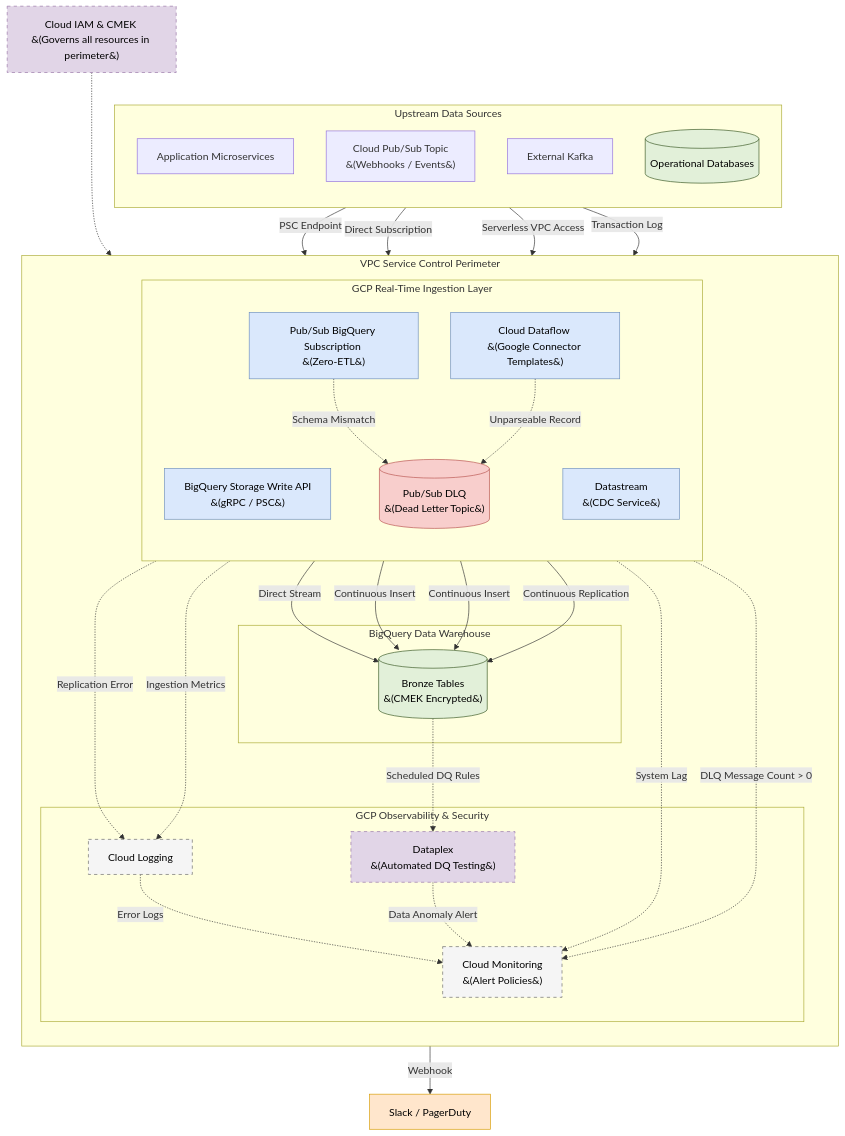
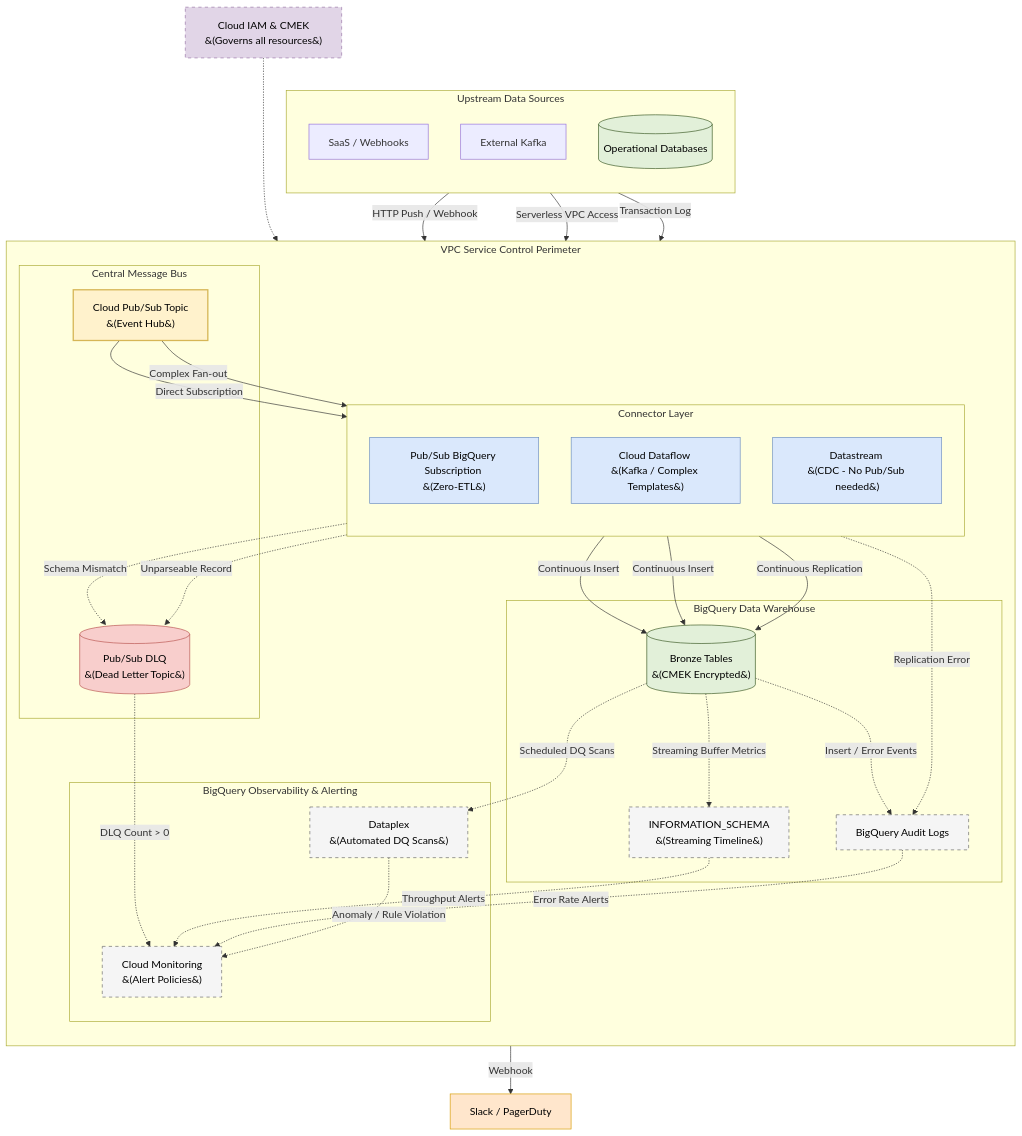
One commit to toanbui626391/data_architect changed the diagram in gcp/realtime_ingestion_architecture.md. Above: the diagram before and after it, drawn with Mermaid.

````diff
--- a/gcp/realtime_ingestion_architecture.md
+++ b/gcp/realtime_ingestion_architecture.md
@@ -21,65 +21,73 @@
 flowchart TD
     subgraph Sources [Upstream Data Sources]
         direction TB
-        App[Application Microservices]
-        PubSubSrc[Cloud Pub/Sub Topic <br>&#40;Webhooks / Events&#41;]
+        SaaS[SaaS / Webhooks]
         Kafka[External Kafka]
         DB[(Operational Databases)]
     end
 
     subgraph VPCSC [VPC Service Control Perimeter]
         direction TB
-        
-        subgraph GCP_Ingestion [GCP Real-Time Ingestion Layer]
+
+        subgraph MessageBus [Central Message Bus]
+            PubSubTopic[Cloud Pub/Sub Topic <br>&#40;Event Hub&#41;]
+            DLQ[(Pub/Sub DLQ <br>&#40;Dead Letter Topic&#41;)]
+        end
+
+        subgraph GCP_Connectors [Connector Layer]
             direction TB
-            API[BigQuery Storage Write API <br>&#40;gRPC / PSC&#41;]
             PubSubSub[Pub/Sub BigQuery Subscription <br>&#40;Zero-ETL&#41;]
-            Dataflow[Cloud Dataflow <br>&#40;Google Connector Templates&#41;]
-            Datastream[Datastream <br>&#40;CDC Service&#41;]
-            DLQ[(Pub/Sub DLQ <br>&#40;Dead Letter Topic&#41;)]
+            Dataflow[Cloud Dataflow <br>&#40;Kafka / Complex Templates&#41;]
+            Datastream[Datastream <br>&#40;CDC - No Pub/Sub needed&#41;]
         end
 
         subgraph BigQuery [BigQuery Data Warehouse]
             Bronze[(Bronze Tables <br>&#40;CMEK Encrypted&#41;)]
+            InfoSchema[INFORMATION_SCHEMA <br>&#40;Streaming Timeline&#41;]
+            AuditLog[BigQuery Audit Logs]
         end
 
-        subgraph ControlPlane [GCP Observability & Security]
-            CloudLogging[Cloud Logging]
+        subgraph BQObservability [BigQuery Observability & Alerting]
+            Dataplex[Dataplex <br>&#40;Automated DQ Scans&#41;]
             CloudMonitoring[Cloud Monitoring <br>&#40;Alert Policies&#41;]
-            Dataplex[Dataplex <br>&#40;Automated DQ Testing&#41;]
         end
     end
-    
+
     Notification[Slack / PagerDuty]
-    IAMNote[Cloud IAM & CMEK <br>&#40;Governs all resources in perimeter&#41;]
+    IAMNote[Cloud IAM & CMEK <br>&#40;Governs all resources&#41;]
 
-    %% Network & Data Flow
-    App -->|PSC Endpoint| API
-    PubSubSrc -->|Direct Subscription| PubSubSub
-    Kafka -->|Serverless VPC Access| Dataflow
+    %% All event sources publish to Pub/Sub first
+    SaaS -->|HTTP Push / Webhook| PubSubTopic
+    Kafka -->|Serverless VPC Access| PubSubTopic
     DB -->|Transaction Log| Datastream
 
-    API -->|Direct Stream| Bronze
+    %% Connectors route messages to Bronze
+    PubSubTopic -->|Direct Subscription| PubSubSub
+    PubSubTopic -->|Complex Fan-out| Dataflow
     PubSubSub -->|Continuous Insert| Bronze
     Dataflow -->|Continuous Insert| Bronze
     Datastream -->|Continuous Replication| Bronze
 
-    %% Data Quality & Error Flow
+    %% Dead Lettering
     PubSubSub -.->|Schema Mismatch| DLQ
     Dataflow -.->|Unparseable Record| DLQ
-    Datastream -.->|Replication Error| CloudLogging
+    Datastream -.->|Replication Error| AuditLog
+    DLQ -.->|DLQ Count > 0| CloudMonitoring
 
-    %% Observability & DQ Flow
-    API -.->|Ingestion Metrics| CloudLogging
-    Dataflow -.->|System Lag| CloudMonitoring
-    DLQ -.->|DLQ Message Count > 0| CloudMonitoring
-    CloudLogging -.->|Error Logs| CloudMonitoring
-    
-    Bronze -.->|Scheduled DQ Rules| Dataplex
-    Dataplex -.->|Data Anomaly Alert| CloudMonitoring
+    %% BigQuery-Native Observability
+    Bronze -.->|Streaming Buffer Metrics| InfoSchema
+    Bronze -.->|Insert / Error Events| AuditLog
+    InfoSchema -.->|Throughput Alerts| CloudMonitoring
+    AuditLog -.->|Error Rate Alerts| CloudMonitoring
+
+    %% BigQuery-Native DQ Testing
+    Bronze -.->|Scheduled DQ Scans| Dataplex
+    Dataplex -.->|Anomaly / Rule Violation| CloudMonitoring
+
+    %% Alerting
     CloudMonitoring -->|Webhook| Notification
 
-    %% Governance note
+    %% Governance
     IAMNote -..-> VPCSC
 
     %% Styling
@@ -89,12 +97,13 @@
     classDef monitor fill:#f5f5f5,stroke:#666,stroke-width:1px,color:#000,stroke-dasharray: 5 5;
     classDef alert fill:#ffe6cc,stroke:#d79b00,stroke-width:1px,color:#000;
     classDef security fill:#e1d5e7,stroke:#9673a6,stroke-width:1px,color:#000,stroke-dasharray: 5 5;
-    
-    class Bronze storage;
-    class DB storage;
-    class API,PubSubSub,Dataflow,Datastream process;
+    classDef bus fill:#fff2cc,stroke:#d6b656,stroke-width:2px,color:#000;
+
+    class Bronze,DB storage;
+    class PubSubSub,Dataflow,Datastream process;
+    class PubSubTopic bus;
     class DLQ bad;
-    class CloudLogging,CloudMonitoring monitor;
-    class Dataplex,IAMNote security;
+    class InfoSchema,AuditLog,CloudMonitoring,Dataplex monitor;
+    class IAMNote security;
     class Notification alert;
 ```
````
